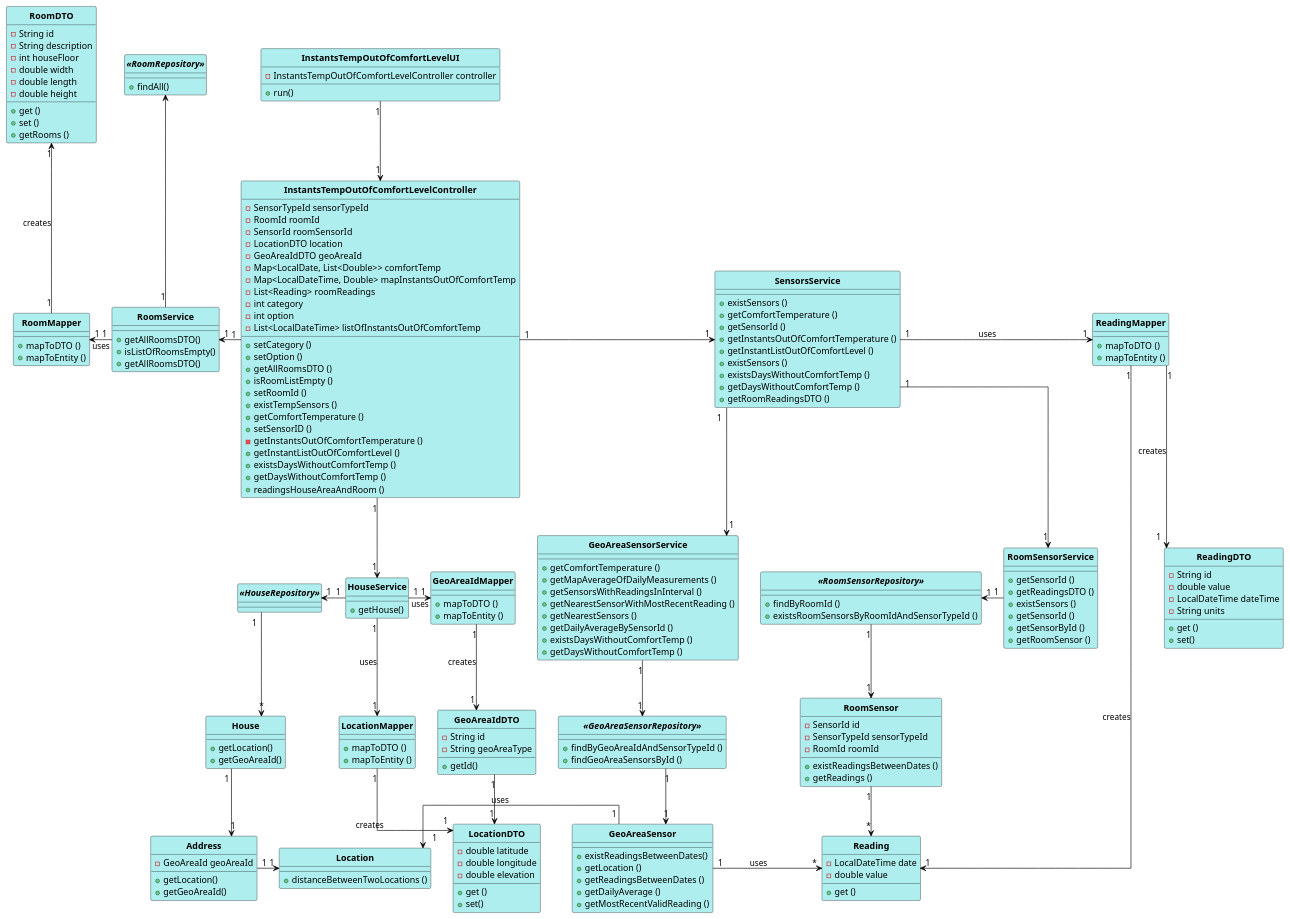
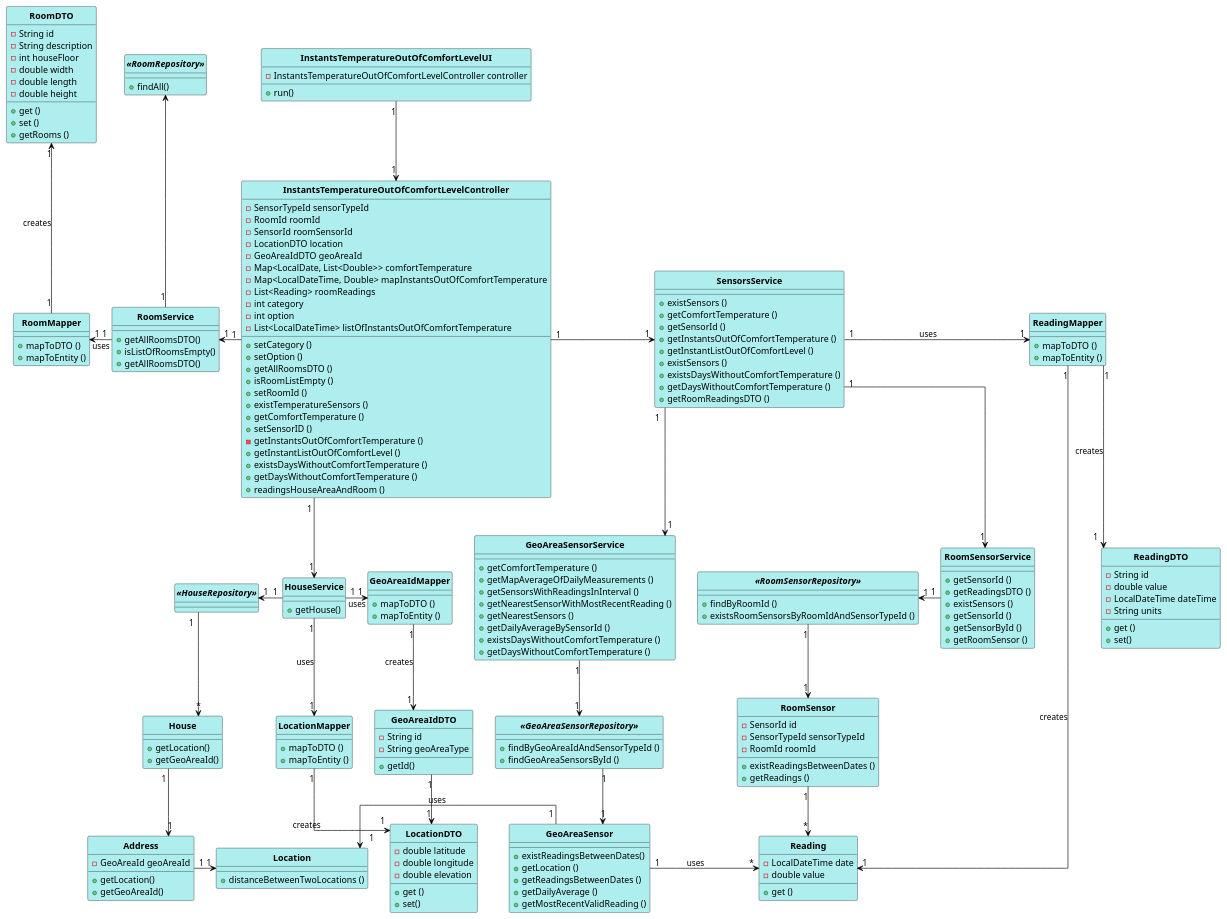
The diagram in src/main/java/pt/ipp/isep/dei/project/controllers/instantstempoutofcomfortlevelcontroller/CD_InstantsTempOutOfComfortLevel.puml (1181687/hateoasToy), drawn with PlantUML before and after one commit. The commit also changed 1 other file, not shown here.

Commit message:
Changes to Diagrams (replace temp and conf abbreviations) (addresses #223)

```diff
--- a/src/main/java/pt/ipp/isep/dei/project/controllers/instantstempoutofcomfortlevelcontroller/CD_InstantsTempOutOfComfortLevel.puml
+++ b/src/main/java/pt/ipp/isep/dei/project/controllers/instantstempoutofcomfortlevelcontroller/CD_InstantsTempOutOfComfortLevel.puml
@@ -12,10 +12,10 @@
 
 
 
-InstantsTempOutOfComfortLevelUI "1" --> "1" InstantsTempOutOfComfortLevelController
-InstantsTempOutOfComfortLevelController "1" --> "1" HouseService
-InstantsTempOutOfComfortLevelController "1" -left-> "1" "RoomService"
-InstantsTempOutOfComfortLevelController "1" -> "1" SensorsService
+InstantsTemperatureOutOfComfortLevelUI "1" --> "1" InstantsTemperatureOutOfComfortLevelController
+InstantsTemperatureOutOfComfortLevelController "1" --> "1" HouseService
+InstantsTemperatureOutOfComfortLevelController "1" -left-> "1" "RoomService"
+InstantsTemperatureOutOfComfortLevelController "1" -> "1" SensorsService
 SensorsService "1" --> "1" RoomSensorService
 SensorsService "1" --> "1" GeoAreaSensorService
 RoomSensorService "1" -left-> "1" "<<RoomSensorRepository>>"
@@ -43,36 +43,36 @@
 
 
 
-Class InstantsTempOutOfComfortLevelUI {
-- InstantsTempOutOfComfortLevelController controller
+Class InstantsTemperatureOutOfComfortLevelUI {
+- InstantsTemperatureOutOfComfortLevelController controller
 + run()
 
 }
 
-Class InstantsTempOutOfComfortLevelController {
+Class InstantsTemperatureOutOfComfortLevelController {
 - SensorTypeId sensorTypeId
 - RoomId roomId
 - SensorId roomSensorId
 - LocationDTO location
 - GeoAreaIdDTO geoAreaId
-- Map<LocalDate, List<Double>> comfortTemp
-- Map<LocalDateTime, Double> mapInstantsOutOfComfortTemp
+- Map<LocalDate, List<Double>> comfortTemperature
+- Map<LocalDateTime, Double> mapInstantsOutOfComfortTemperature
 - List<Reading> roomReadings
 - int category
 - int option
-- List<LocalDateTime> listOfInstantsOutOfComfortTemp
+- List<LocalDateTime> listOfInstantsOutOfComfortTemperature
 + setCategory ()
 + setOption ()
 + getAllRoomsDTO ()
 + isRoomListEmpty ()
 + setRoomId ()
-+ existTempSensors ()
++ existTemperatureSensors ()
 + getComfortTemperature ()
 + setSensorID ()
 - getInstantsOutOfComfortTemperature ()
 + getInstantListOutOfComfortLevel ()
-+ existsDaysWithoutComfortTemp ()
-+ getDaysWithoutComfortTemp ()
++ existsDaysWithoutComfortTemperature ()
++ getDaysWithoutComfortTemperature ()
 + readingsHouseAreaAndRoom ()
 }
 
@@ -119,8 +119,8 @@
 + getNearestSensorWithMostRecentReading ()
 + getNearestSensors ()
 + getDailyAverageBySensorId ()
-+ existsDaysWithoutComfortTemp ()
-+ getDaysWithoutComfortTemp ()
++ existsDaysWithoutComfortTemperature ()
++ getDaysWithoutComfortTemperature ()
 }
 
 Class HouseService {
@@ -228,8 +228,8 @@
 + getInstantsOutOfComfortTemperature ()
 + getInstantListOutOfComfortLevel ()
 + existSensors ()
-+ existsDaysWithoutComfortTemp ()
-+ getDaysWithoutComfortTemp ()
++ existsDaysWithoutComfortTemperature ()
++ getDaysWithoutComfortTemperature ()
 + getRoomReadingsDTO ()
 }
 
```
